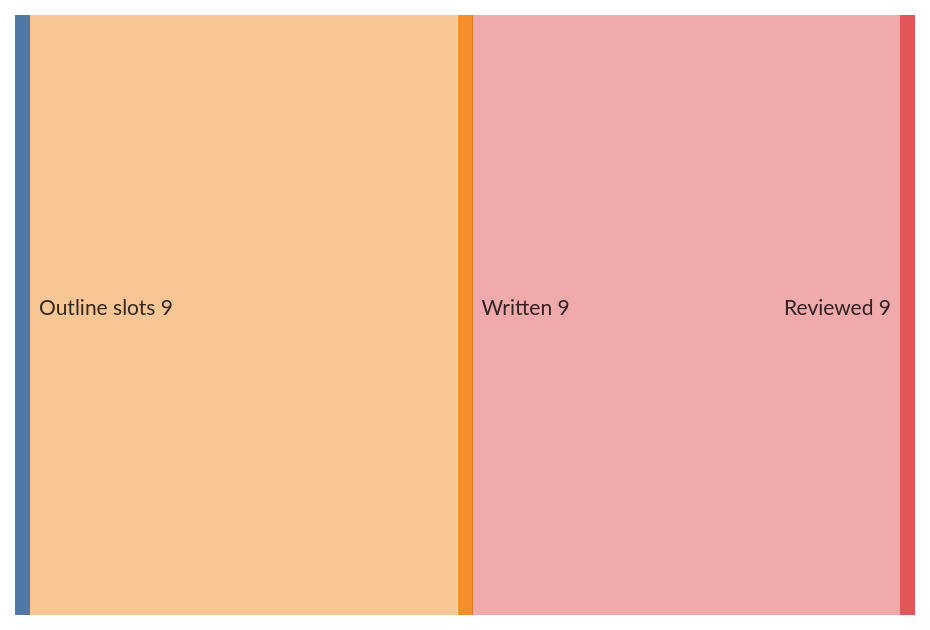
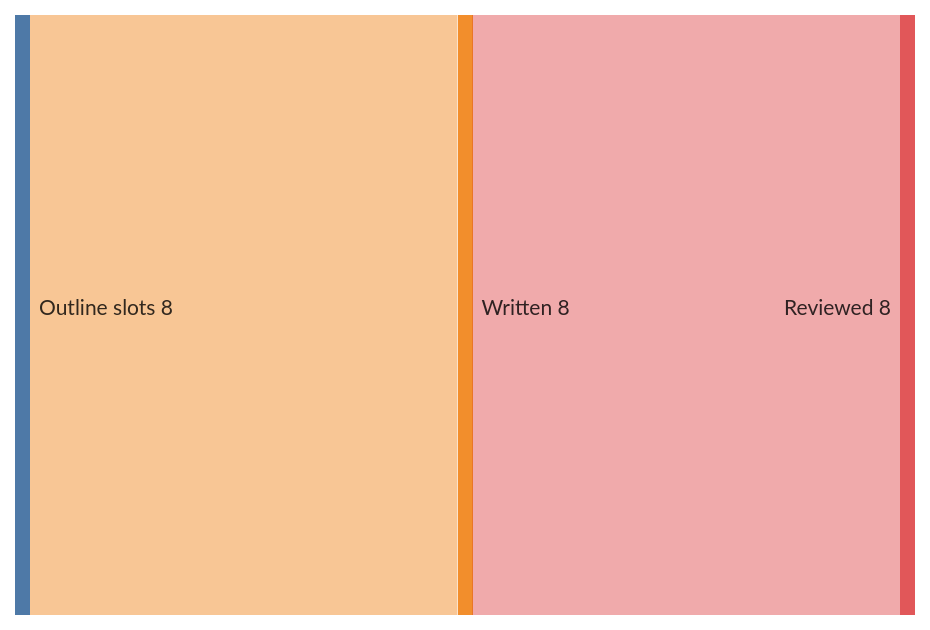
Before and after one commit to Paumen/Zonzijde: the second of 2 diagrams in reports/2026-07-26/report.md, drawn with Mermaid. The commit also changed other lines of this file and 21 other files, not shown here.

````diff
--- a/reports/2026-07-26/report.md
+++ b/reports/2026-07-26/report.md
@@ -32,12 +32,12 @@
 ```mermaid
 ---
 config:
   sankey:
     nodeAlignment: left
     linkColor: target
 ---
 sankey-beta
 
-Outline slots,Written,9
-Written,Reviewed,9
+Outline slots,Written,8
+Written,Reviewed,8
 ```
````
